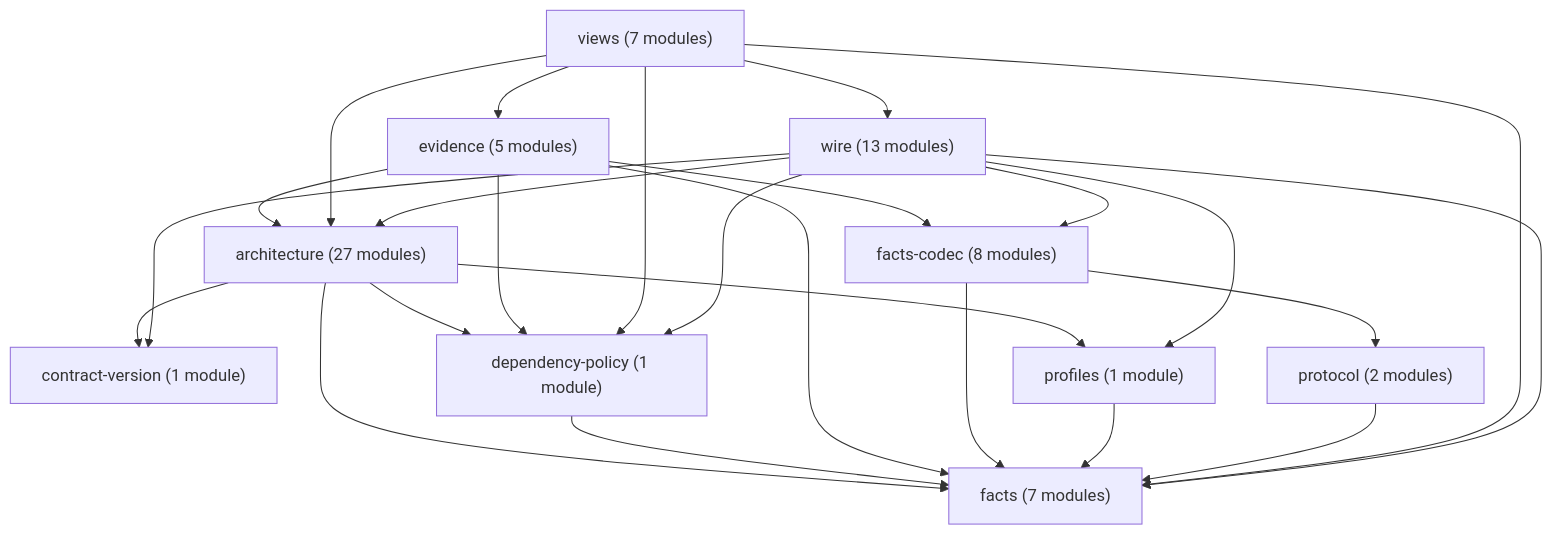
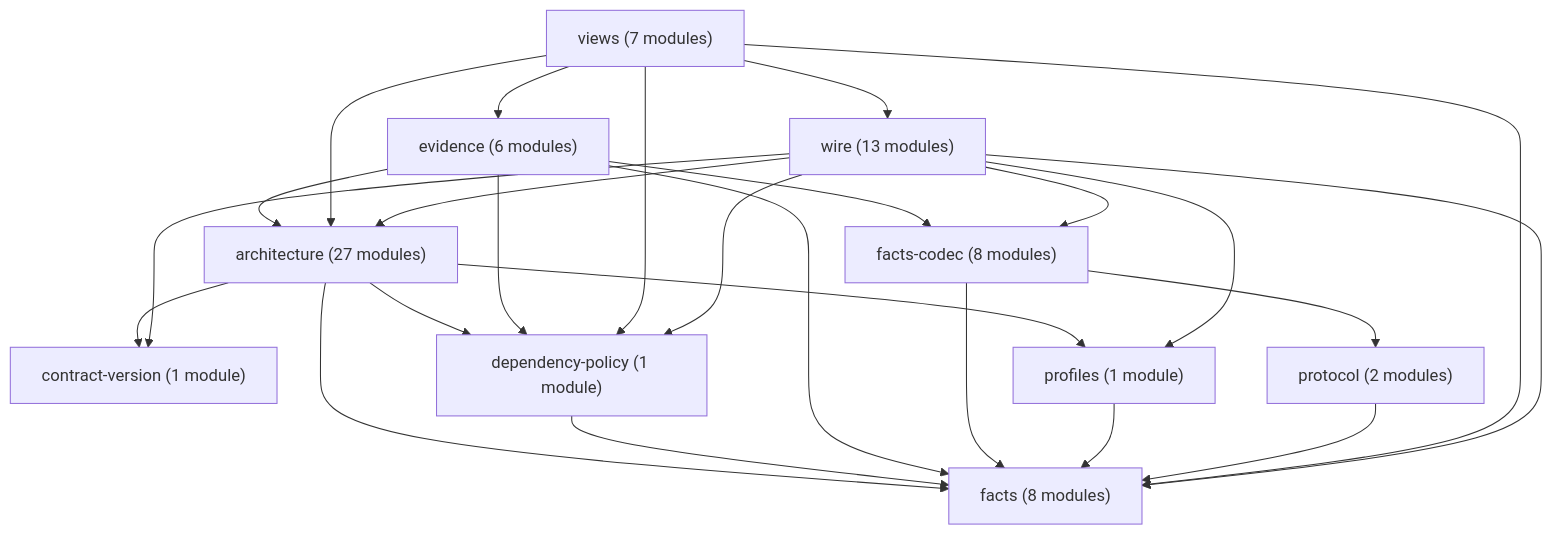
The diagram in docs/architecture/ir-owners.md (rapiddweller/archkeel), drawn with Mermaid before and after one commit. The commit also changed other lines of this file and 29 other files, not shown here.

````diff
--- a/docs/architecture/ir-owners.md
+++ b/docs/architecture/ir-owners.md
@@ -35,37 +35,37 @@
 ```mermaid
 graph TD
     n_0["architecture (27 modules)"]
     n_1["contract-version (1 module)"]
     n_2["dependency-policy (1 module)"]
-    n_3["evidence (5 modules)"]
-    n_4["facts (7 modules)"]
+    n_3["evidence (6 modules)"]
+    n_4["facts (8 modules)"]
     n_5["facts-codec (8 modules)"]
     n_6["profiles (1 module)"]
     n_7["protocol (2 modules)"]
     n_8["views (7 modules)"]
     n_9["wire (13 modules)"]
     n_0 --> n_1
     n_0 --> n_2
     n_0 --> n_4
     n_0 --> n_6
     n_2 --> n_4
     n_3 --> n_0
     n_3 --> n_2
     n_3 --> n_4
     n_3 --> n_5
     n_5 --> n_4
     n_5 --> n_7
     n_6 --> n_4
     n_7 --> n_4
     n_8 --> n_0
     n_8 --> n_2
     n_8 --> n_3
     n_8 --> n_4
     n_8 --> n_9
     n_9 --> n_0
     n_9 --> n_1
     n_9 --> n_2
     n_9 --> n_4
     n_9 --> n_5
     n_9 --> n_6
 ```
````
